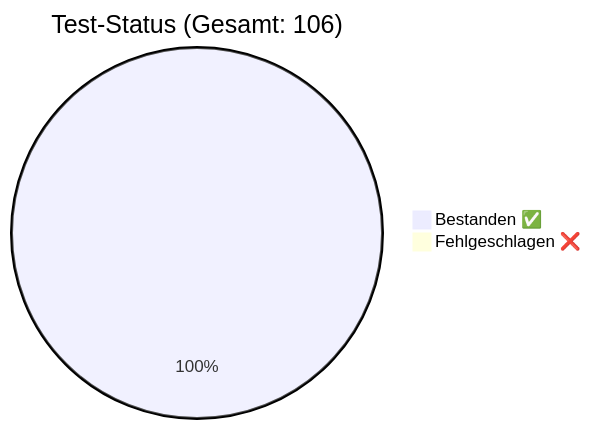
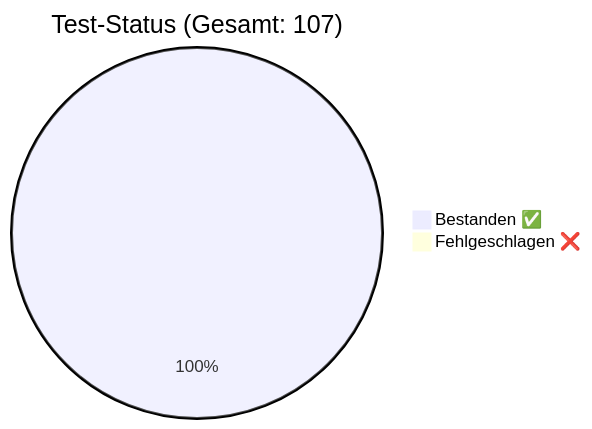
One commit to rorila/GCS changed the diagram in docs/QA_Report.md. Above: the diagram before and after it, drawn with Mermaid. The commit also changed other lines of this file and 8 other files, not shown here.

````diff
--- a/docs/QA_Report.md
+++ b/docs/QA_Report.md
@@ -7,5 +7,5 @@
 ```mermaid
-pie title Test-Status (Gesamt: 106)
-    "Bestanden ✅" : 106
+pie title Test-Status (Gesamt: 107)
+    "Bestanden ✅" : 107
     "Fehlgeschlagen ❌" : 0
 ```
````
